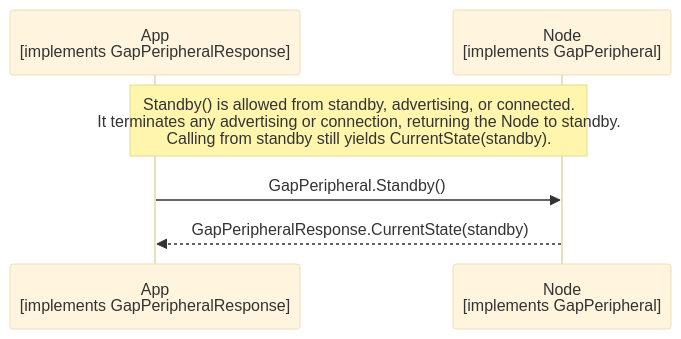
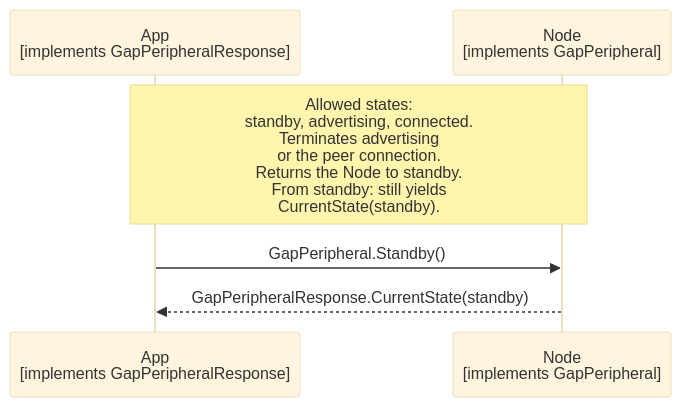
One commit to philips-software/amp-embedded-infra-lib changed the diagram in documents/modules/ROOT/partials/echoservices/gap_peripheral/GapPeripheral_Standby_sequence.mmd. Above: the diagram before and after it, drawn with Mermaid (base theme). The commit also changed 27 other files, not shown here.

```diff
--- a/documents/modules/ROOT/partials/echoservices/gap_peripheral/GapPeripheral_Standby_sequence.mmd
+++ b/documents/modules/ROOT/partials/echoservices/gap_peripheral/GapPeripheral_Standby_sequence.mmd
@@ -1,6 +1,6 @@
 sequenceDiagram
     participant App as App<br>[implements GapPeripheralResponse]
     participant Node as Node<br>[implements GapPeripheral]
-    Note over App, Node: Standby() is allowed from standby, advertising, or connected.<br>It terminates any advertising or connection, returning the Node to standby.<br>Calling from standby still yields CurrentState(standby).
+    Note over App, Node: Allowed states:<br>standby, advertising, connected.<br>Terminates advertising<br>or the peer connection.<br>Returns the Node to standby.<br>From standby: still yields<br>CurrentState(standby).
     App->>Node: GapPeripheral.Standby()
     Node-->>App: GapPeripheralResponse.CurrentState(standby)
```
